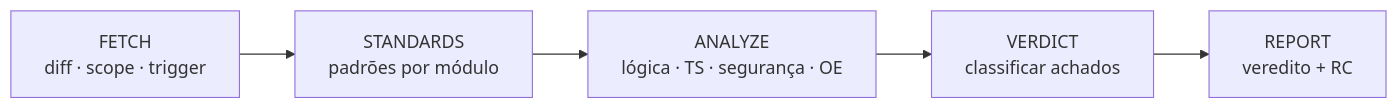
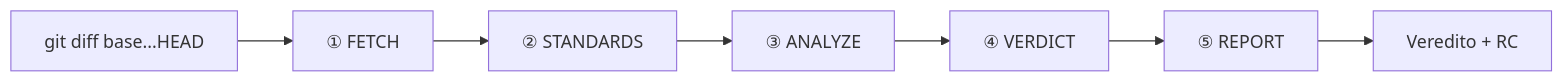
Before and after one commit to cardosoGu/PR-reviewer: the diagram in README.md, drawn with Mermaid. The commit also changed other lines of this file and 8 other files, not shown here.

````diff
--- a/README.md
+++ b/README.md
@@ -31,7 +13,9 @@
 ```mermaid
 flowchart LR
-    A["FETCH<br/>diff · scope · trigger"] --> B["STANDARDS<br/>padrões por módulo"]
-    B --> C["ANALYZE<br/>lógica · TS · segurança · OE"]
-    C --> D["VERDICT<br/>classificar achados"]
-    D --> E["REPORT<br/>veredito + RC"]
+    GIT["git diff base...HEAD"] --> A["① FETCH"]
+    A --> B["② STANDARDS"]
+    B --> C["③ ANALYZE"]
+    C --> D["④ VERDICT"]
+    D --> E["⑤ REPORT"]
+    E --> OUT["Veredito + RC"]
 ```
````
